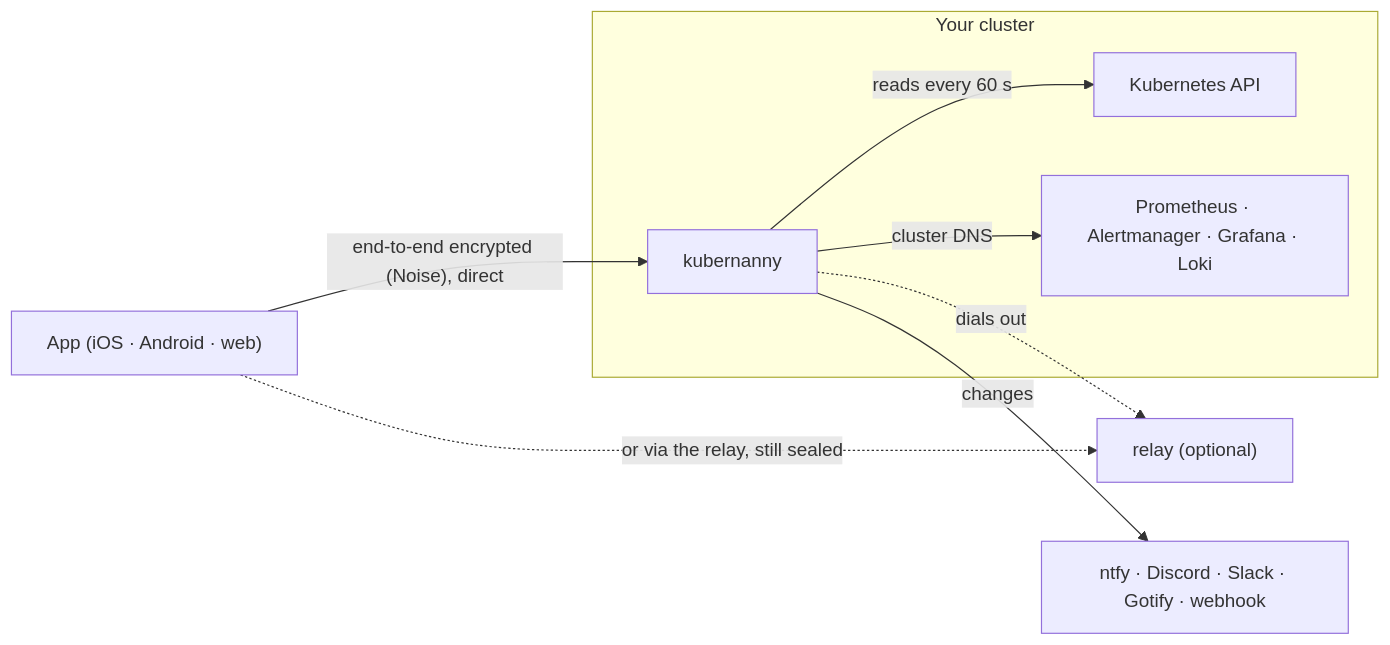
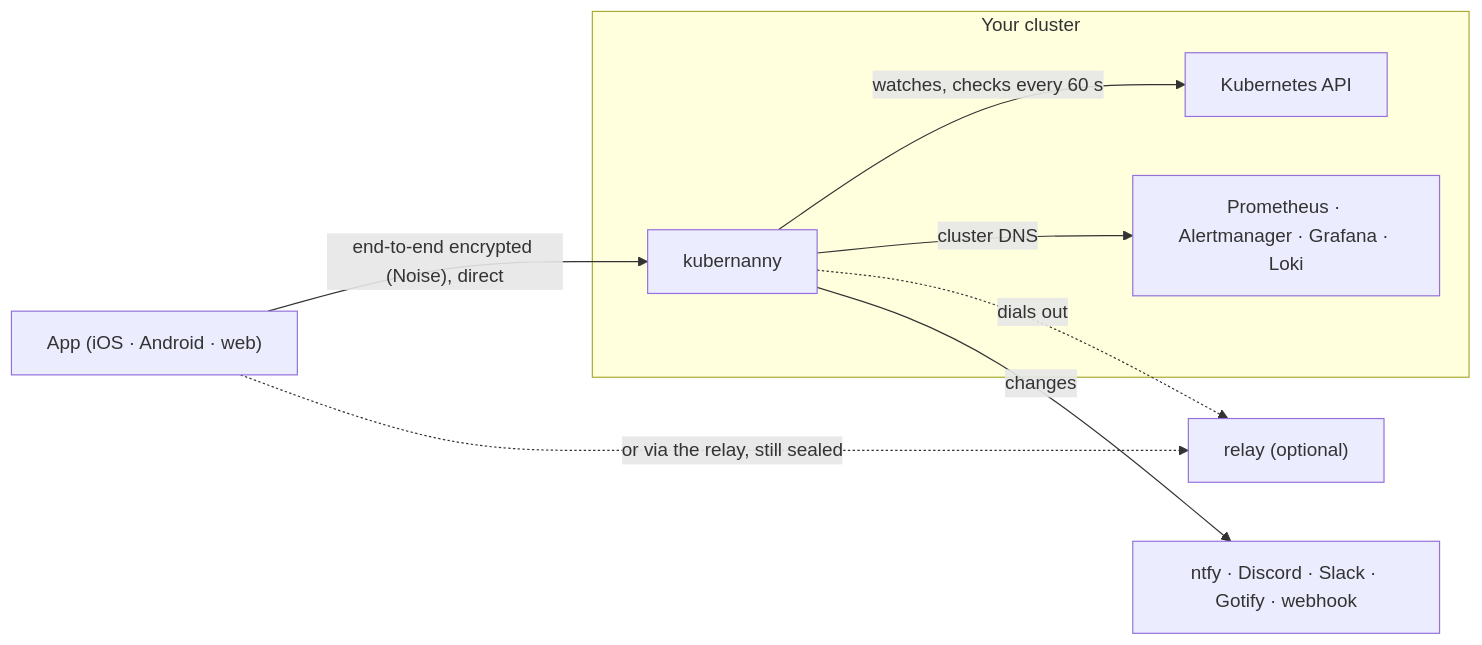
Before and after one commit to kubernanny/kubernanny: the diagram in README.md, drawn with Mermaid. The commit also changed other lines of this file and 10 other files, not shown here.

````diff
--- a/README.md
+++ b/README.md
@@ -89,11 +89,11 @@
 ```mermaid
 flowchart LR
   subgraph cluster["Your cluster"]
-    agent["kubernanny"] -- "reads every 60 s" --> api["Kubernetes API"]
+    agent["kubernanny"] -- "watches, checks every 60 s" --> api["Kubernetes API"]
     agent -- "cluster DNS" --> prom["Prometheus · Alertmanager · Grafana · Loki"]
   end
   app["App (iOS · Android · web)"] -- "end-to-end encrypted (Noise), direct" --> agent
   app -. "or via the relay, still sealed" .-> relay["relay (optional)"]
   agent -. "dials out" .-> relay
   agent -- "changes" --> notify["ntfy · Discord · Slack · Gotify · webhook"]
 ```
````
